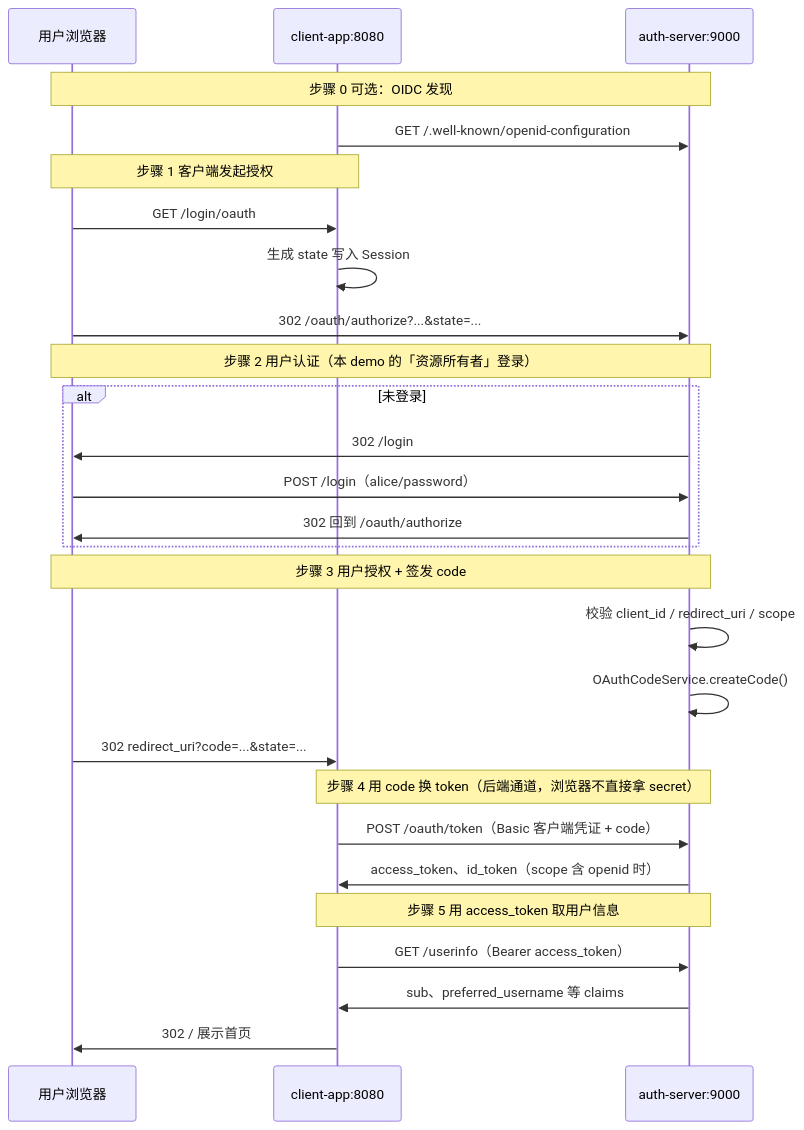
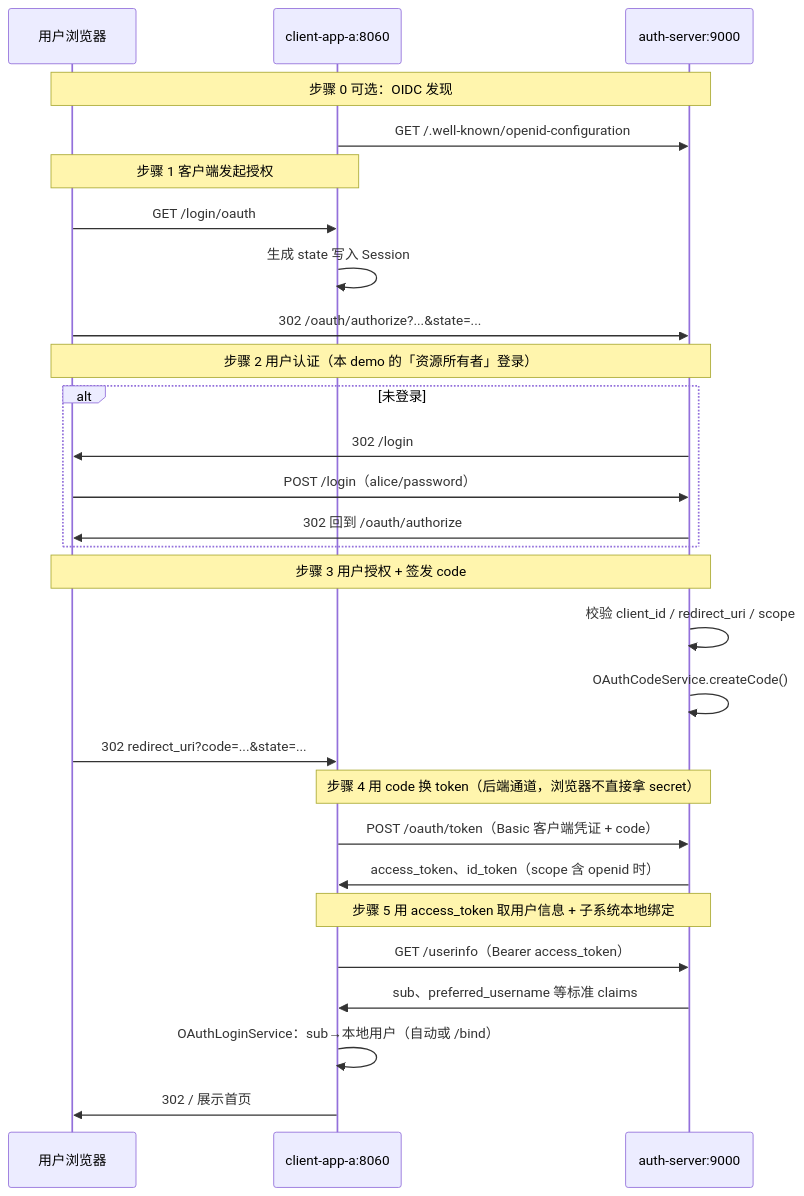
The diagram in README.md (Nicander93/oauth-demo), drawn with Mermaid before and after one commit. The commit also changed other lines of this file and 107 other files, not shown here.

````diff
--- a/README.md
+++ b/README.md
@@ -36,35 +50,36 @@
 ```mermaid
 sequenceDiagram
     participant U as 用户浏览器
-    participant C as client-app:8080
+    participant C as client-app-a:8060
     participant A as auth-server:9000
 
   Note over U,A: 步骤 0 可选：OIDC 发现
     C->>A: GET /.well-known/openid-configuration
 
   Note over U,C: 步骤 1 客户端发起授权
     U->>C: GET /login/oauth
     C->>C: 生成 state 写入 Session
     U->>A: 302 /oauth/authorize?...&state=...
 
   Note over U,A: 步骤 2 用户认证（本 demo 的「资源所有者」登录）
     alt 未登录
         A->>U: 302 /login
         U->>A: POST /login（alice/password）
         A->>U: 302 回到 /oauth/authorize
     end
 
   Note over U,A: 步骤 3 用户授权 + 签发 code
     A->>A: 校验 client_id / redirect_uri / scope
     A->>A: OAuthCodeService.createCode()
     U->>C: 302 redirect_uri?code=...&state=...
 
   Note over C,A: 步骤 4 用 code 换 token（后端通道，浏览器不直接拿 secret）
     C->>A: POST /oauth/token（Basic 客户端凭证 + code）
     A->>C: access_token、id_token（scope 含 openid 时）
 
-  Note over C,A: 步骤 5 用 access_token 取用户信息
+  Note over C,A: 步骤 5 用 access_token 取用户信息 + 子系统本地绑定
     C->>A: GET /userinfo（Bearer access_token）
-    A->>C: sub、preferred_username 等 claims
+    A->>C: sub、preferred_username 等标准 claims
+    C->>C: OAuthLoginService：sub→本地用户（自动或 /bind）
     C->>U: 302 / 展示首页
 ```
````
